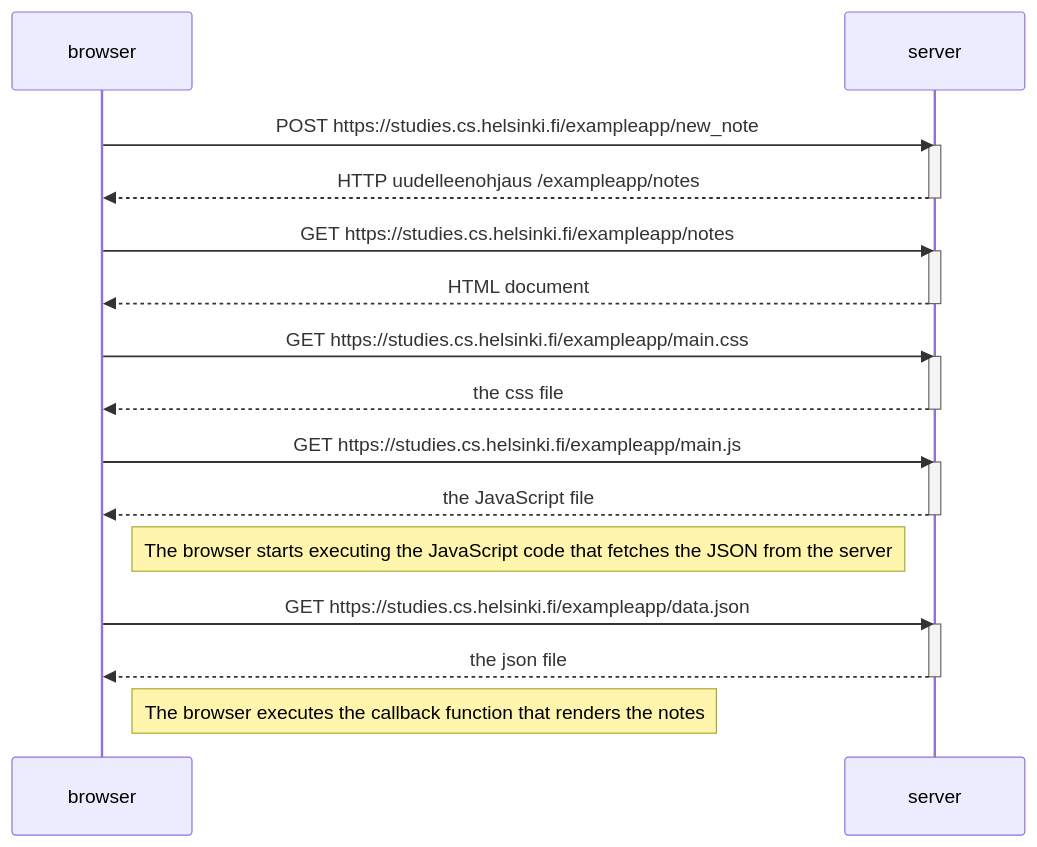
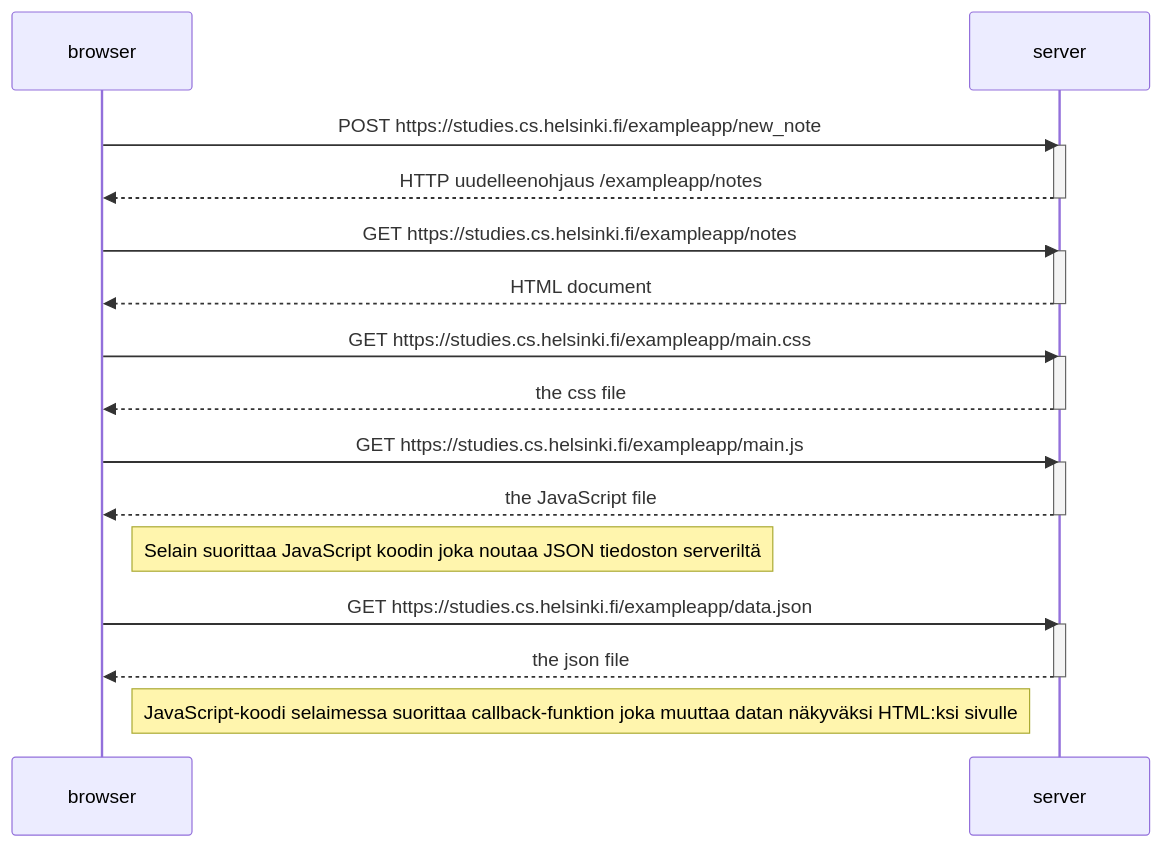
Before and after one commit to tttveijo/palautusrepositorio: the diagram in osa0/0.4.md, drawn with Mermaid.

````diff
--- a/osa0/0.4.md
+++ b/osa0/0.4.md
@@ -1,34 +1,34 @@
 ```mermaid
 sequenceDiagram
     participant browser
     participant server
     
     browser->>server: POST https://studies.cs.helsinki.fi/exampleapp/new_note
     activate server
     server-->>browser: HTTP uudelleenohjaus /exampleapp/notes
     deactivate server
     
     browser->>server: GET https://studies.cs.helsinki.fi/exampleapp/notes
     activate server
     server-->>browser: HTML document
     deactivate server
     
     browser->>server: GET https://studies.cs.helsinki.fi/exampleapp/main.css
     activate server
     server-->>browser: the css file
     deactivate server
 
     browser->>server: GET https://studies.cs.helsinki.fi/exampleapp/main.js
     activate server
     server-->>browser: the JavaScript file
     deactivate server
     
-    Note right of browser: The browser starts executing the JavaScript code that fetches the JSON from the server
+    Note right of browser: Selain suorittaa JavaScript koodin joka noutaa JSON tiedoston serveriltä
     
     browser->>server: GET https://studies.cs.helsinki.fi/exampleapp/data.json
     activate server
     server-->>browser: the json file
     deactivate server    
 
-    Note right of browser: The browser executes the callback function that renders the notes
+    Note right of browser: JavaScript-koodi selaimessa suorittaa callback-funktion joka muuttaa datan näkyväksi HTML:ksi sivulle
 ```
````
